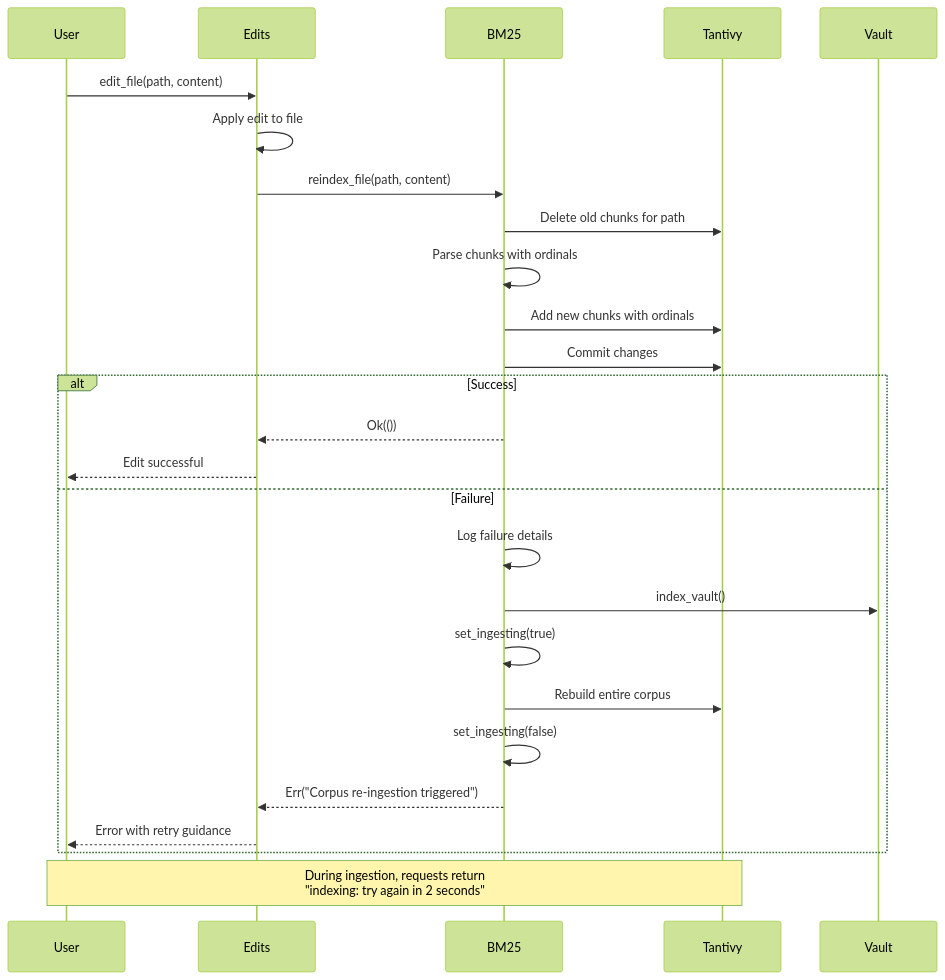
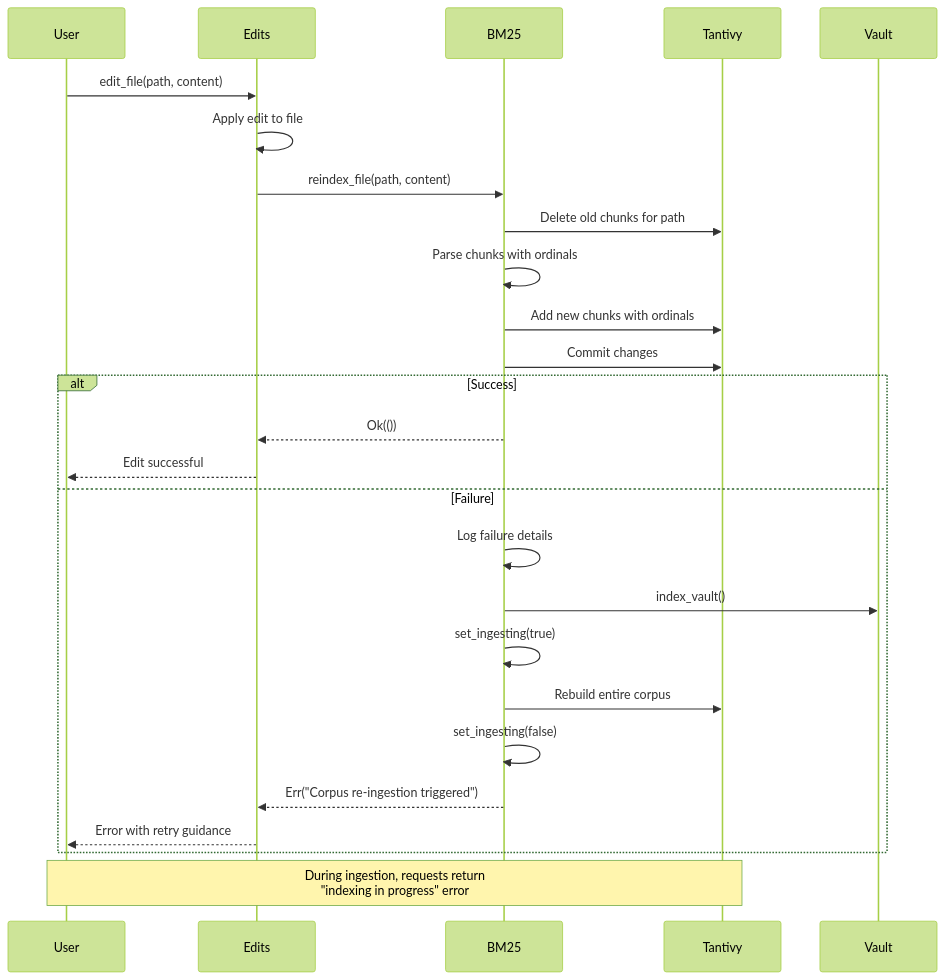
One commit to odinkirk/knowledge-loom changed the fifth of 7 diagrams in Architecture.md. Above: the diagram before and after it, drawn with Mermaid (forest theme). The commit also changed other lines of this file and 69 other files, not shown here.

````diff
--- a/Architecture.md
+++ b/Architecture.md
@@ -147,32 +147,32 @@
  ```mermaid
  sequenceDiagram
      participant User
      participant Edits
      participant BM25
      participant Tantivy
      participant Vault
      
      User->>Edits: edit_file(path, content)
      Edits->>Edits: Apply edit to file
      Edits->>BM25: reindex_file(path, content)
      
      BM25->>Tantivy: Delete old chunks for path
      BM25->>BM25: Parse chunks with ordinals
      BM25->>Tantivy: Add new chunks with ordinals
      BM25->>Tantivy: Commit changes
      
      alt Success
          BM25-->>Edits: Ok(())
          Edits-->>User: Edit successful
      else Failure
          BM25->>BM25: Log failure details
          BM25->>Vault: index_vault()
          BM25->>BM25: set_ingesting(true)
          BM25->>Tantivy: Rebuild entire corpus
          BM25->>BM25: set_ingesting(false)
          BM25-->>Edits: Err("Corpus re-ingestion triggered")
          Edits-->>User: Error with retry guidance
      end
      
-     Note over User,Tantivy: During ingestion, requests return<br/>"indexing: try again in 2 seconds"
+      Note over User,Tantivy: During ingestion, requests return<br/>"indexing in progress" error
  ```
````
